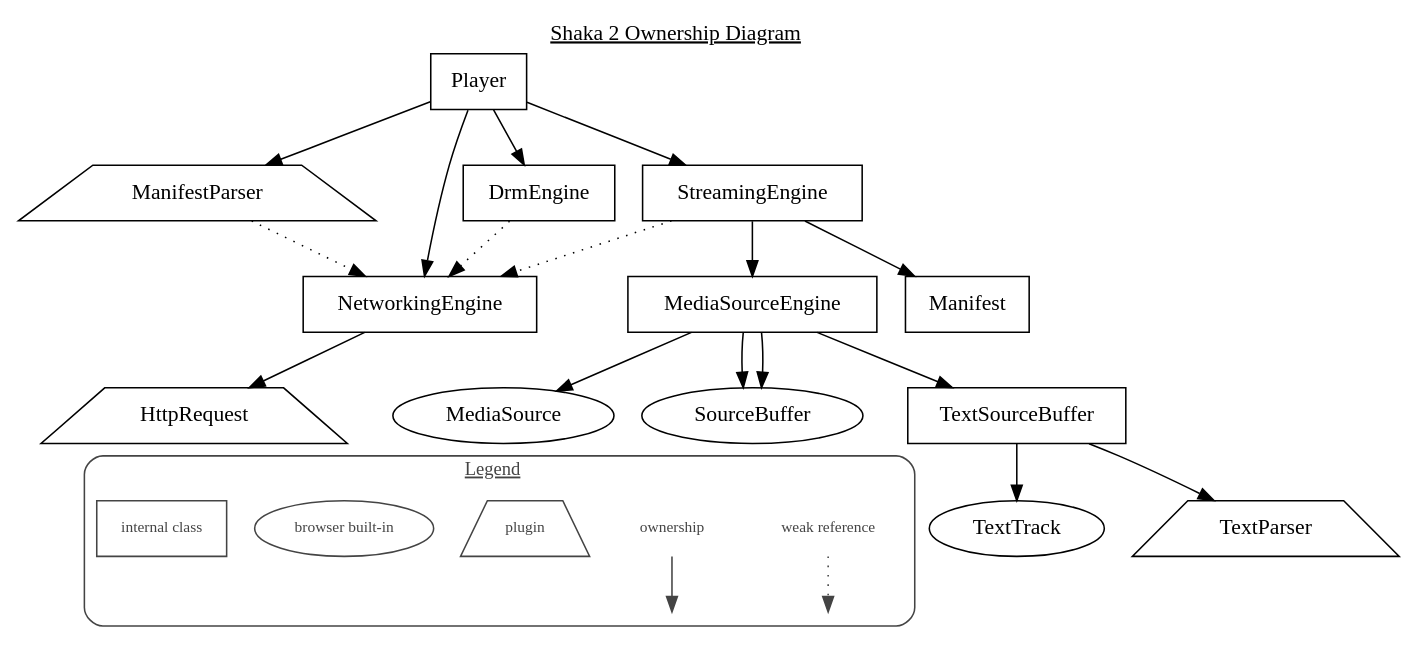
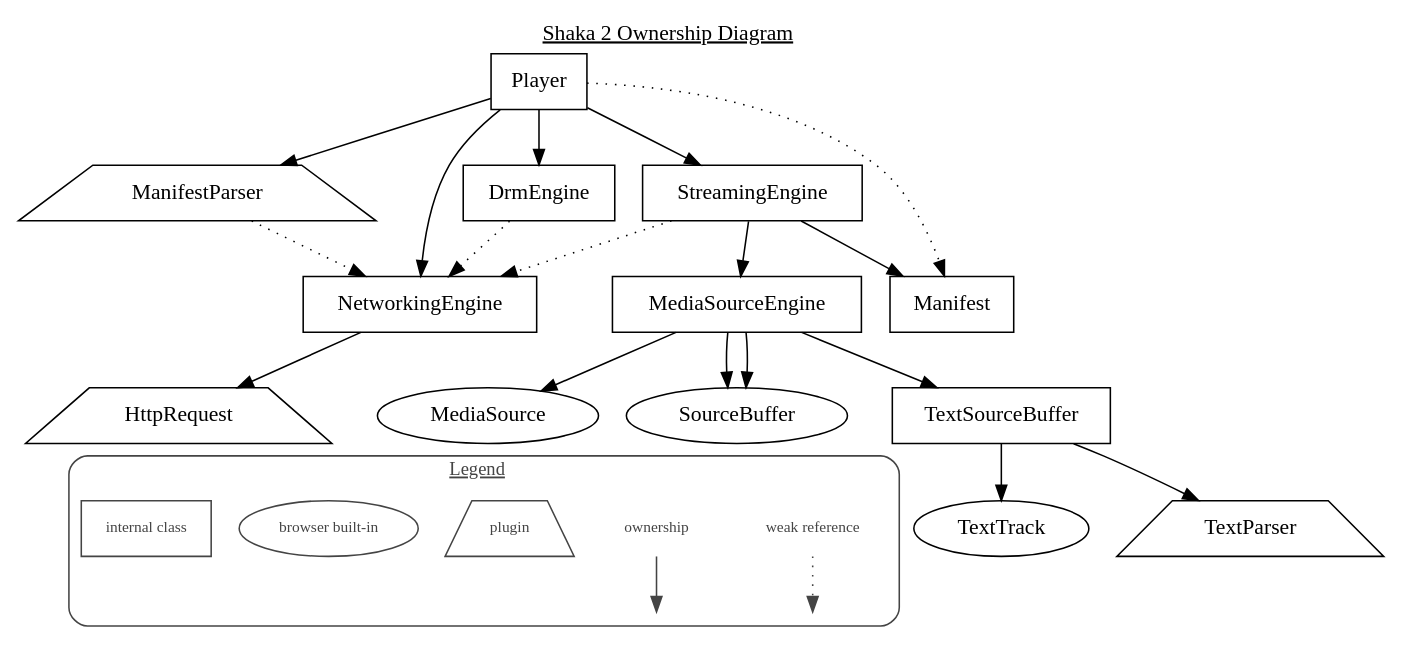
One commit to shaka-project/shaka-player changed the diagram in docs/design/ownership.gv. Above: the diagram before and after it, drawn with Graphviz. The commit also changed 4 other files, not shown here.

```diff
--- a/docs/design/ownership.gv
+++ b/docs/design/ownership.gv
@@ -1,59 +1,60 @@
 digraph shaka2_ownership {
   label=<<u>Shaka 2 Ownership Diagram</u>>
   labelloc=t
   node [ shape=rectangle ]
 
   MediaSource [ shape=oval ]
   SourceBuffer [ shape=oval ]
   TextTrack [ shape=oval ]
 
   HttpRequest [ shape=trapezium ]
   ManifestParser [ shape=trapezium ]
   TextParser [ shape=trapezium ]
 
   Player -> NetworkingEngine
   Player -> ManifestParser
   Player -> StreamingEngine
   Player -> DrmEngine
+  Player -> Manifest [ style=dotted ]
 
   NetworkingEngine -> HttpRequest
 
   ManifestParser -> NetworkingEngine [ style=dotted ]
 
   DrmEngine -> NetworkingEngine [ style=dotted ]
 
   StreamingEngine -> MediaSourceEngine
   StreamingEngine -> Manifest
   StreamingEngine -> NetworkingEngine [ style=dotted ]
 
   MediaSourceEngine -> MediaSource
   MediaSourceEngine -> SourceBuffer
   MediaSourceEngine -> SourceBuffer
   MediaSourceEngine -> TextSourceBuffer
 
   TextSourceBuffer -> TextTrack
   TextSourceBuffer -> TextParser
 
   subgraph cluster_legend {
     style=rounded
     color="#444444"
     label=<<u>Legend</u>>
     fontsize=12
     fontcolor="#444444"
 
     node [ shape=plaintext color="#444444" fontsize=10 fontcolor="#444444" ]
     edge [ color="#444444" ]
 
     blank1 [ label="" fixedsize=true height=0 ]
     blank2 [ label="" fixedsize=true height=0 ]
     "weak reference" -> blank2 [ style=dotted ]
     ownership -> blank1
 
     plugin [ shape=trapezium ]
     "browser built-in" [ shape=oval ]
     "internal class" [ shape=rectangle ]
   }
 
   # Hack to move the legend beneath the main graph:
   HttpRequest -> "internal class" [ style=invisible arrowhead=none ]
 }
```
